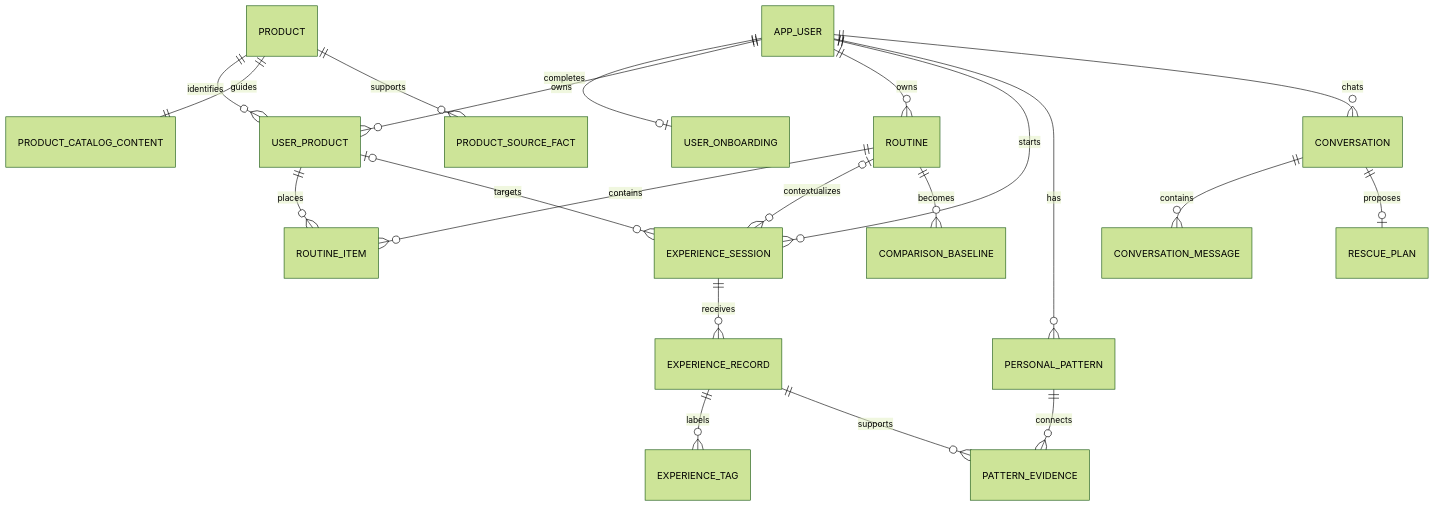
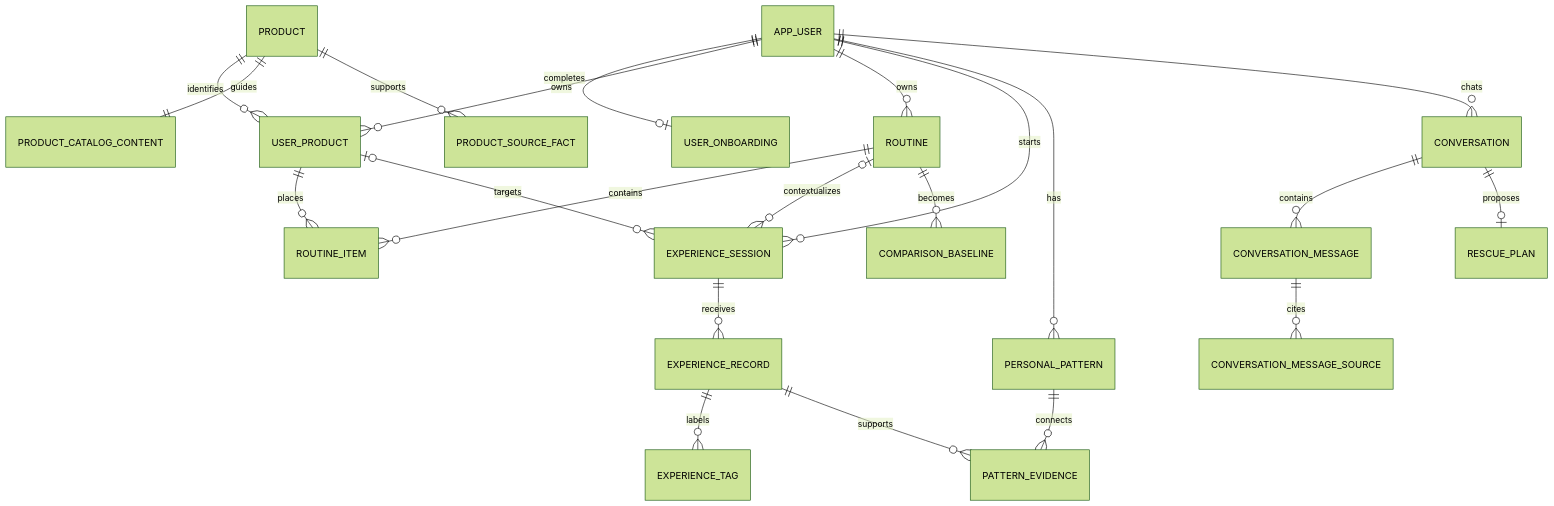
Before and after one commit to Sehoon-Jeong/app: the diagram in docs/06-data-model/README.md, drawn with Mermaid (forest theme). The commit also changed other lines of this file and 33 other files, not shown here.

````diff
--- a/docs/06-data-model/README.md
+++ b/docs/06-data-model/README.md
@@ -9,23 +9,24 @@
 ```mermaid
 erDiagram
   APP_USER ||--o| USER_ONBOARDING : completes
   APP_USER ||--o{ USER_PRODUCT : owns
   PRODUCT ||--o{ USER_PRODUCT : identifies
   PRODUCT ||--|| PRODUCT_CATALOG_CONTENT : guides
   PRODUCT ||--o{ PRODUCT_SOURCE_FACT : supports
   APP_USER ||--o{ ROUTINE : owns
   ROUTINE ||--o{ ROUTINE_ITEM : contains
   USER_PRODUCT ||--o{ ROUTINE_ITEM : places
   APP_USER ||--o{ EXPERIENCE_SESSION : starts
   ROUTINE o|--o{ EXPERIENCE_SESSION : contextualizes
   USER_PRODUCT o|--o{ EXPERIENCE_SESSION : targets
   EXPERIENCE_SESSION ||--o{ EXPERIENCE_RECORD : receives
   EXPERIENCE_RECORD ||--o{ EXPERIENCE_TAG : labels
   ROUTINE ||--o{ COMPARISON_BASELINE : becomes
   APP_USER ||--o{ PERSONAL_PATTERN : has
   PERSONAL_PATTERN ||--o{ PATTERN_EVIDENCE : connects
   EXPERIENCE_RECORD ||--o{ PATTERN_EVIDENCE : supports
   APP_USER ||--o{ CONVERSATION : chats
   CONVERSATION ||--o{ CONVERSATION_MESSAGE : contains
+  CONVERSATION_MESSAGE ||--o{ CONVERSATION_MESSAGE_SOURCE : cites
   CONVERSATION ||--o| RESCUE_PLAN : proposes
 ```
````
